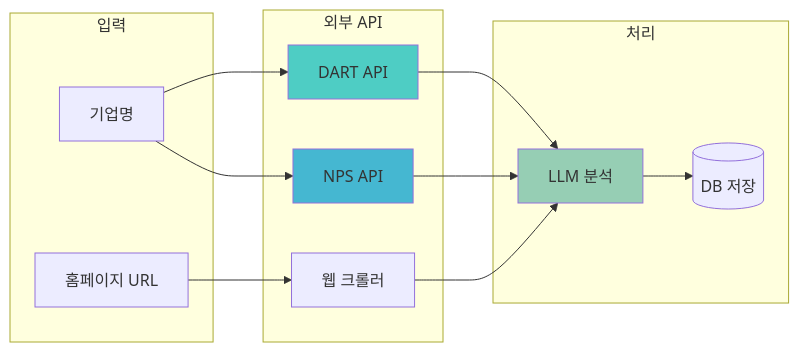
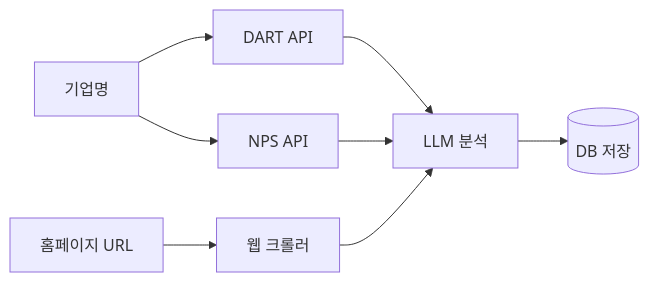
The first of 4 diagrams in README.md (chip-cookie/ME), drawn with Mermaid before and after one commit. The commit also changed other lines of this file, not shown here.

````diff
--- a/README.md
+++ b/README.md
@@ -25,27 +33,10 @@
 ```mermaid
 flowchart LR
-    subgraph Input["입력"]
-        A[기업명]
-        B[홈페이지 URL]
-    end
-    
-    subgraph APIs["외부 API"]
-        C[DART API]
-        D[NPS API]
-        E[웹 크롤러]
-    end
-    
-    subgraph Processing["처리"]
-        F[LLM 분석]
-        G[(DB 저장)]
-    end
-    
-    A --> C --> F
-    A --> D --> F
-    B --> E --> F
-    F --> G
-    
-    style C fill:#4ECDC4
-    style D fill:#45B7D1
-    style F fill:#96CEB4
+    A[기업명] --> C[DART API]
+    A --> D[NPS API]
+    B[홈페이지 URL] --> E[웹 크롤러]
+    C --> F[LLM 분석]
+    D --> F
+    E --> F
+    F --> G[(DB 저장)]
 ```
````
